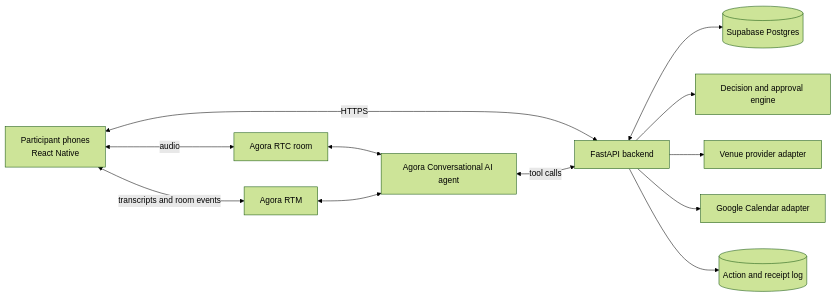
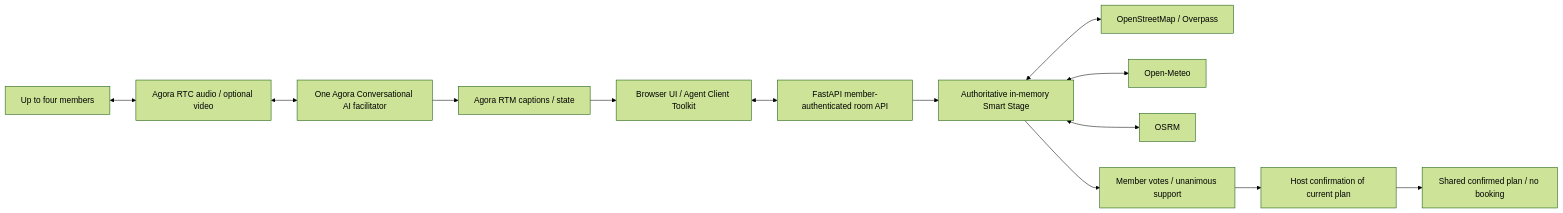
Before and after one commit to shhhivam12/agora-decision-rooms: the diagram in docs/architecture.md, drawn with Mermaid (forest theme). The commit also changed other lines of this file and 373 other files, not shown here.

Commit message:
Publish Agora Decision Rooms rebrand, shared Smart Stage and current screenshot story

````diff
--- a/docs/architecture.md
+++ b/docs/architecture.md
@@ -5,14 +7,15 @@
 ```mermaid
 flowchart LR
-    A[Participant phones\nReact Native] <-->|audio| RTC[Agora RTC room]
-    A <-->|transcripts and room events| RTM[Agora RTM]
-    RTC <--> AGENT[Agora Conversational AI agent]
-    RTM <--> AGENT
-    A <-->|HTTPS| API[FastAPI backend]
-    AGENT <-->|tool calls| API
-    API <--> DB[(Supabase Postgres)]
-    API --> POLICY[Decision and approval engine]
-    API --> VENUE[Venue provider adapter]
-    API --> CAL[Google Calendar adapter]
-    API --> AUDIT[(Action and receipt log)]
+    People[Up to four members] <--> RTC[Agora RTC audio / optional video]
+    RTC <--> Agent[One Agora Conversational AI facilitator]
+    Agent --> RTM[Agora RTM captions / state]
+    RTM --> Client[Browser UI / Agent Client Toolkit]
+    Client <--> API[FastAPI member-authenticated room API]
+    API --> Stage[Authoritative in-memory Smart Stage]
+    Stage <--> OSM[OpenStreetMap / Overpass]
+    Stage <--> Weather[Open-Meteo]
+    Stage <--> Route[OSRM]
+    Stage --> Votes[Member votes / unanimous support]
+    Votes --> Host[Host confirmation of current plan]
+    Host --> Outcome[Shared confirmed plan / no booking]
 ```
````
